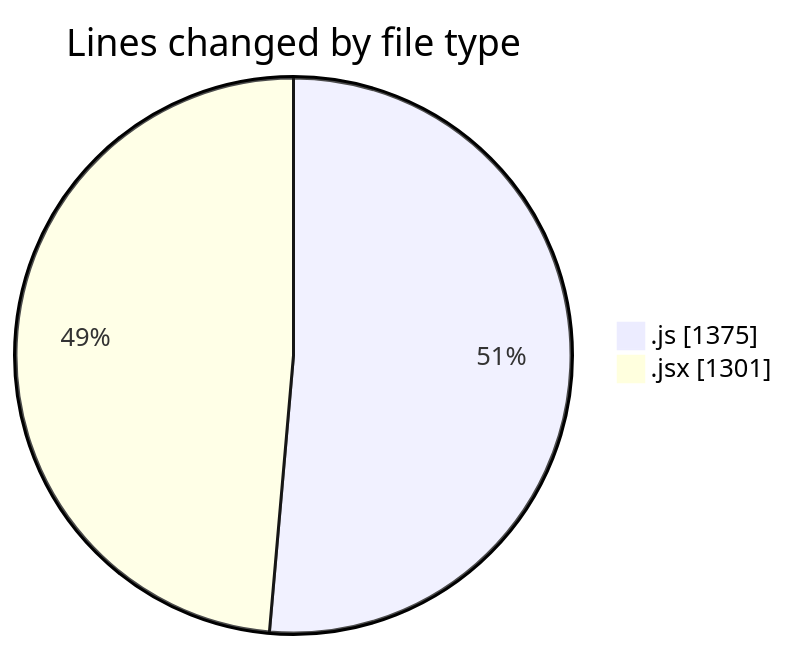
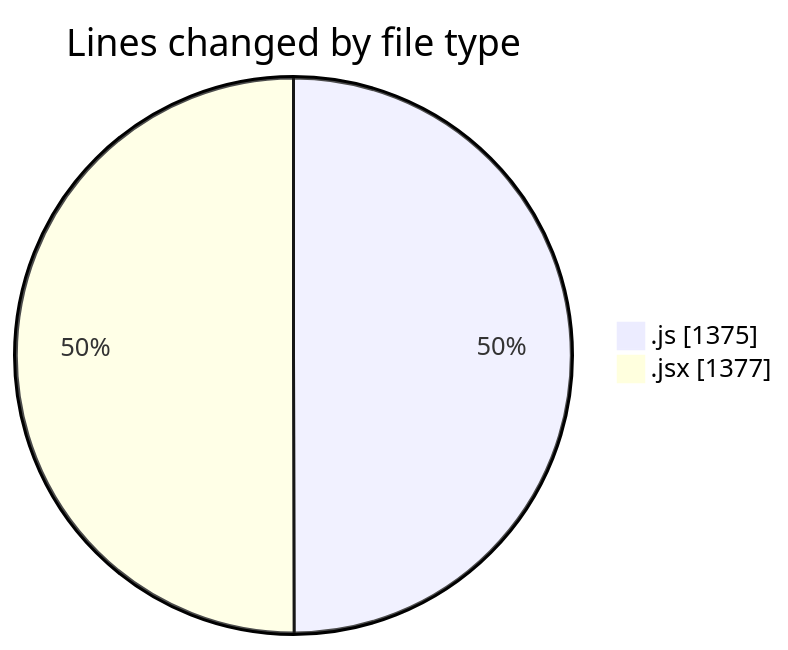
One commit to nxtqubesakshisongat/code-tracking changed the first of 2 diagrams in 2025-07-29/nxtqube_webapp/README.md. Above: the diagram before and after it, drawn with Mermaid. The commit also changed other lines of this file and 1 other file, not shown here.

````diff
--- a/2025-07-29/nxtqube_webapp/README.md
+++ b/2025-07-29/nxtqube_webapp/README.md
@@ -26,6 +27,6 @@
 ```mermaid
 pie showData
 title Lines changed by file type
 ".js" : 1375
-".jsx" : 1301
+".jsx" : 1377
 ```
````
